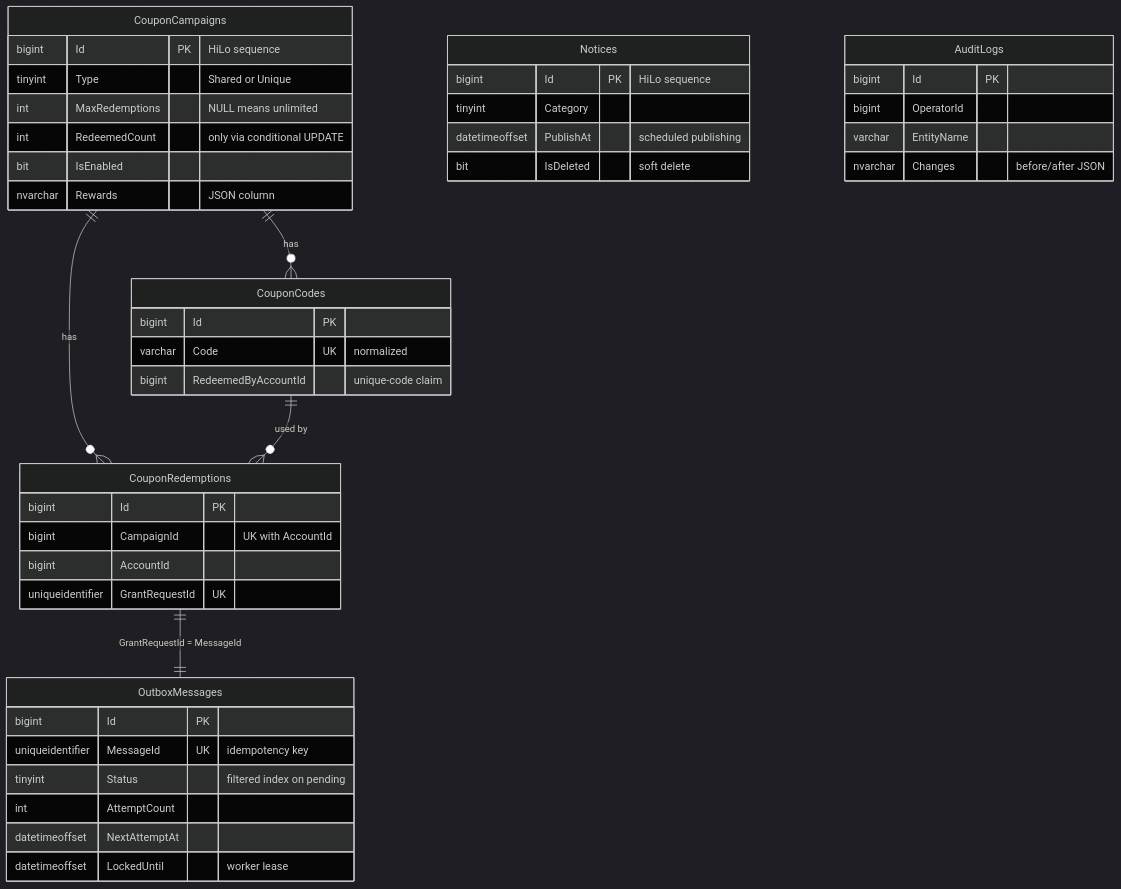
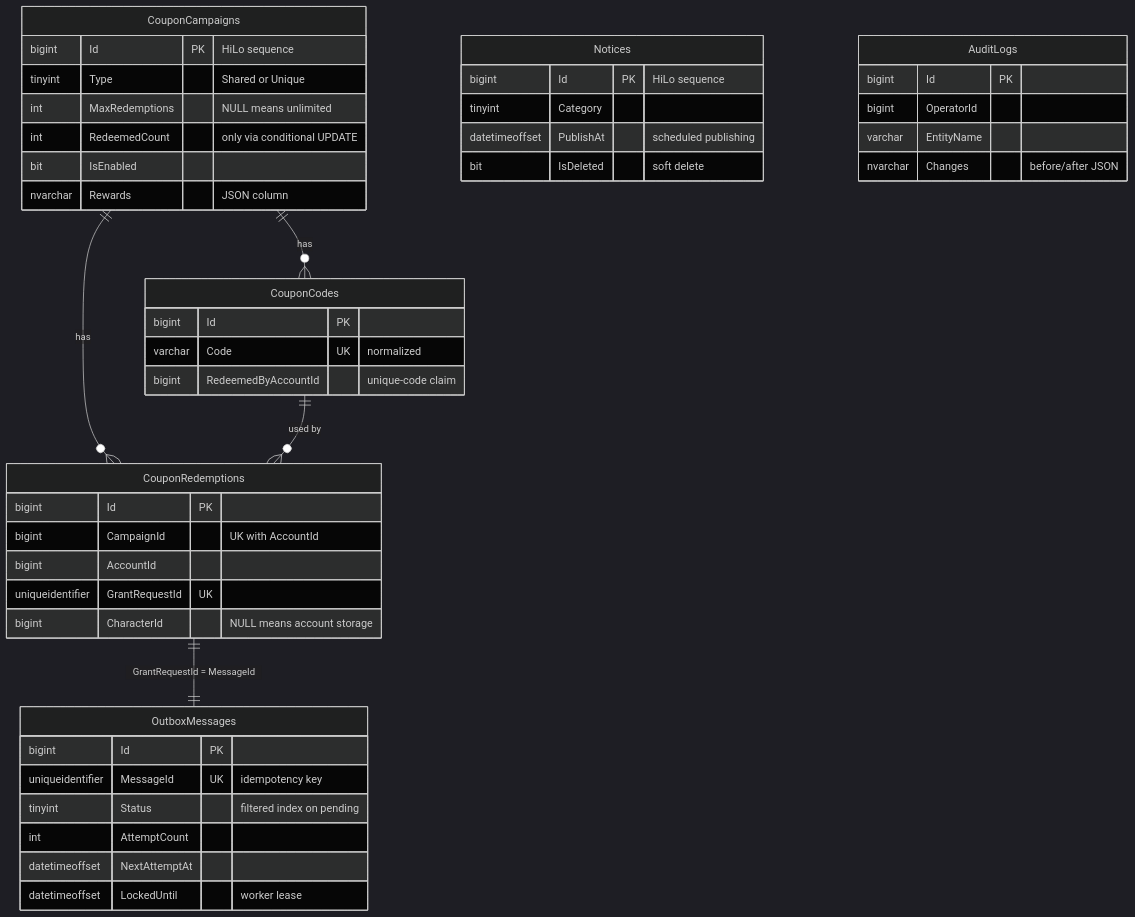
Before and after one commit to hyunolike/game-portal-poc: the fifth of 6 diagrams in README.md, drawn with Mermaid (dark theme). The commit also changed other lines of this file and 47 other files, not shown here.

````diff
--- a/README.md
+++ b/README.md
@@ -206,47 +210,48 @@
 ```mermaid
 erDiagram
     CouponCampaigns ||--o{ CouponCodes : has
     CouponCampaigns ||--o{ CouponRedemptions : has
     CouponCodes ||--o{ CouponRedemptions : "used by"
     CouponRedemptions ||--|| OutboxMessages : "GrantRequestId = MessageId"
 
     CouponCampaigns {
         bigint Id PK "HiLo sequence"
         tinyint Type "Shared or Unique"
         int MaxRedemptions "NULL means unlimited"
         int RedeemedCount "only via conditional UPDATE"
         bit IsEnabled
         nvarchar Rewards "JSON column"
     }
     CouponCodes {
         bigint Id PK
         varchar Code UK "normalized"
         bigint RedeemedByAccountId "unique-code claim"
     }
     CouponRedemptions {
         bigint Id PK
         bigint CampaignId "UK with AccountId"
         bigint AccountId
         uniqueidentifier GrantRequestId UK
+        bigint CharacterId "NULL means account storage"
     }
     OutboxMessages {
         bigint Id PK
         uniqueidentifier MessageId UK "idempotency key"
         tinyint Status "filtered index on pending"
         int AttemptCount
         datetimeoffset NextAttemptAt
         datetimeoffset LockedUntil "worker lease"
     }
     Notices {
         bigint Id PK "HiLo sequence"
         tinyint Category
         datetimeoffset PublishAt "scheduled publishing"
         bit IsDeleted "soft delete"
     }
     AuditLogs {
         bigint Id PK
         bigint OperatorId
         varchar EntityName
         nvarchar Changes "before/after JSON"
     }
 ```
````
